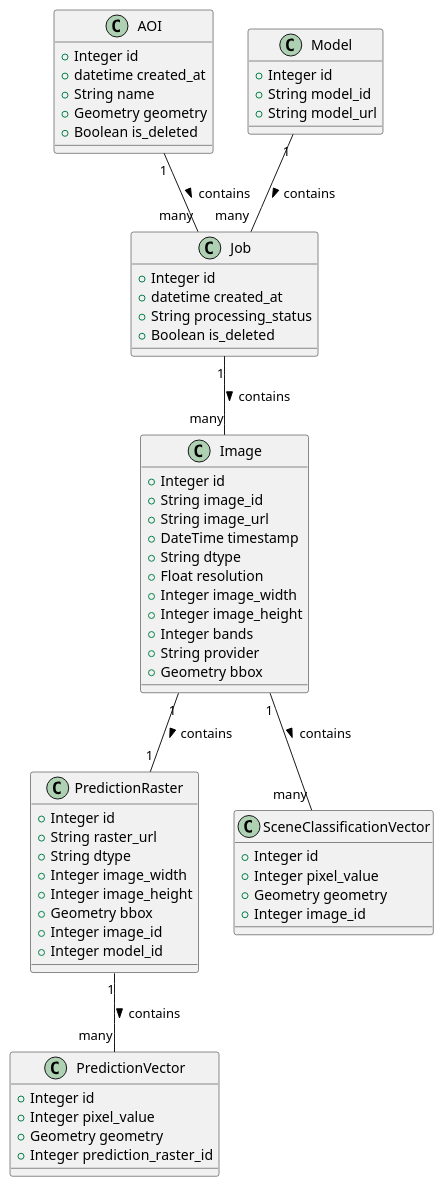
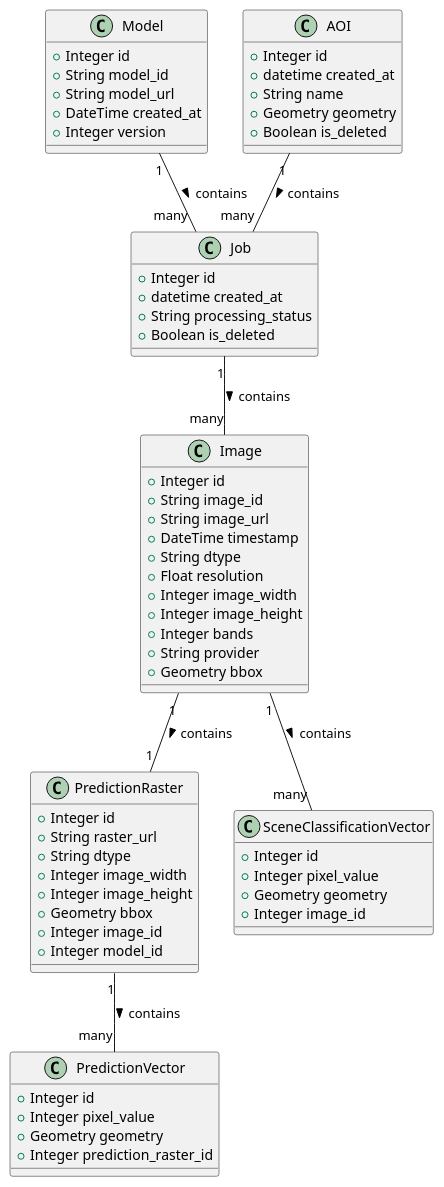
Before and after one commit to OceanEcoWatch/PlasticDetectionService: the diagram in docs/diagrams/puml/database.puml, drawn with PlantUML. The commit also changed 3 other files, not shown here.

Commit message:
add version int to model for querying last model

```diff
--- a/docs/diagrams/puml/database.puml
+++ b/docs/diagrams/puml/database.puml
@@ -1,70 +1,73 @@
 @startuml DatabaseFontName
+
+class Model {
+    +Integer id
+    +String model_id
+    +String model_url
+    +DateTime created_at
+    +Integer version
+}
 
 class AOI {
     +Integer id
     +datetime created_at
     +String name
     +Geometry geometry
     +Boolean is_deleted
 }
+
 class Job {
     +Integer id
     +datetime created_at
     +String processing_status
     +Boolean is_deleted
 }
 
 class Image {
     +Integer id
     +String image_id
     +String image_url
     +DateTime timestamp
     +String dtype
     +Float resolution
     +Integer image_width
     +Integer image_height
     +Integer bands
     +String provider
     +Geometry bbox
-}
-
-class Model {
-    +Integer id
-    +String model_id
-    +String model_url
 }
 
 class PredictionRaster {
     +Integer id
     +String raster_url
     +String dtype
     +Integer image_width
     +Integer image_height
     +Geometry bbox
     +Integer image_id
     +Integer model_id
 }
 
 class PredictionVector {
     +Integer id
     +Integer pixel_value
     +Geometry geometry
     +Integer prediction_raster_id
 }
 
 class SceneClassificationVector {
     +Integer id
     +Integer pixel_value
     +Geometry geometry
     +Integer image_id
 }
 
+Model "1" -- "many " Job : contains >
 AOI "1" -- "many" Job : contains >
 Job "1" -- "many" Image : contains >
-Model "1" -- "many " Job : contains >
 Image "1" -- "1" PredictionRaster : contains >
 Image "1" -- "many" SceneClassificationVector : contains >
 
 PredictionRaster "1" -- "many" PredictionVector : contains >
 
 @enduml
```
